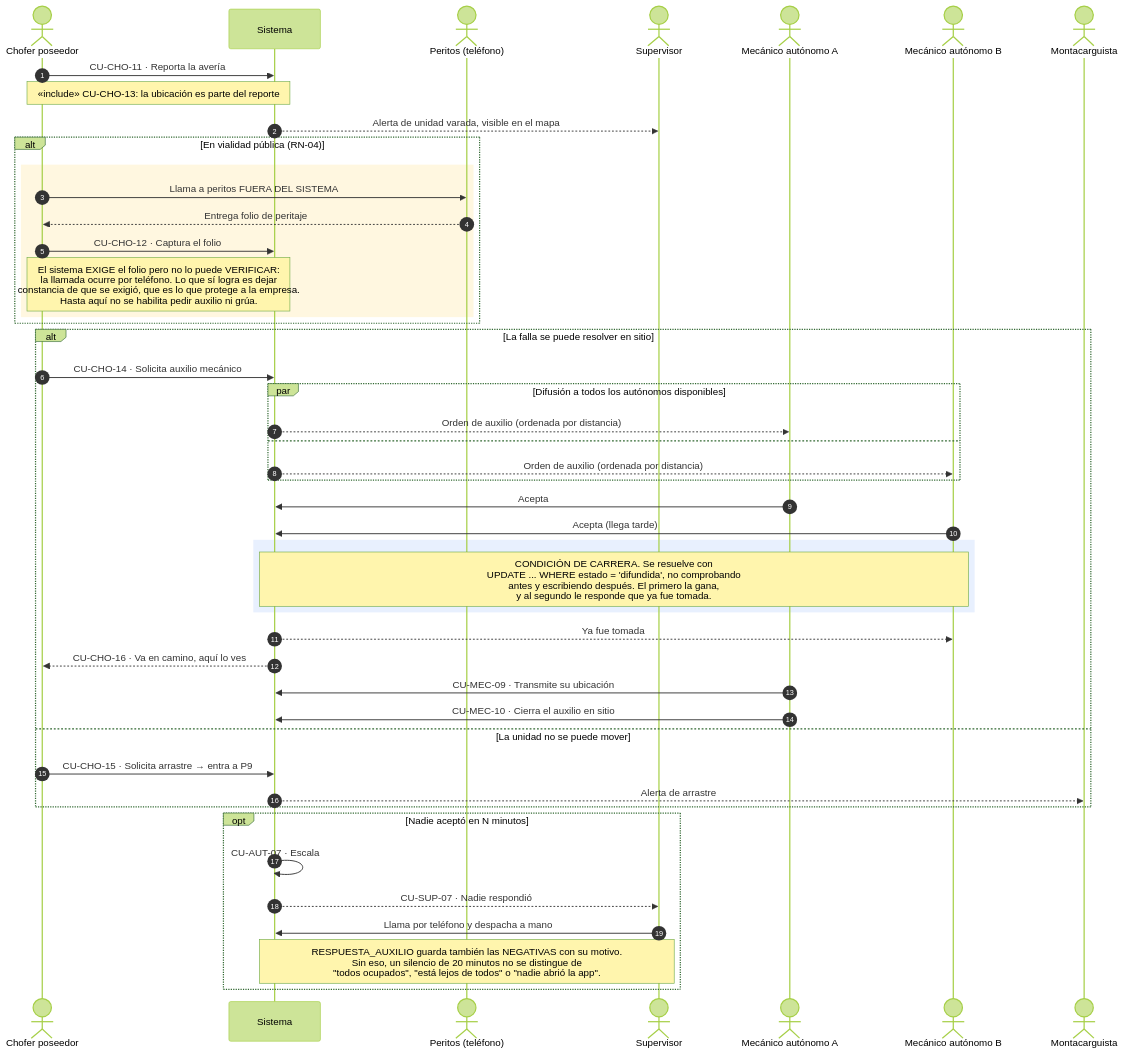
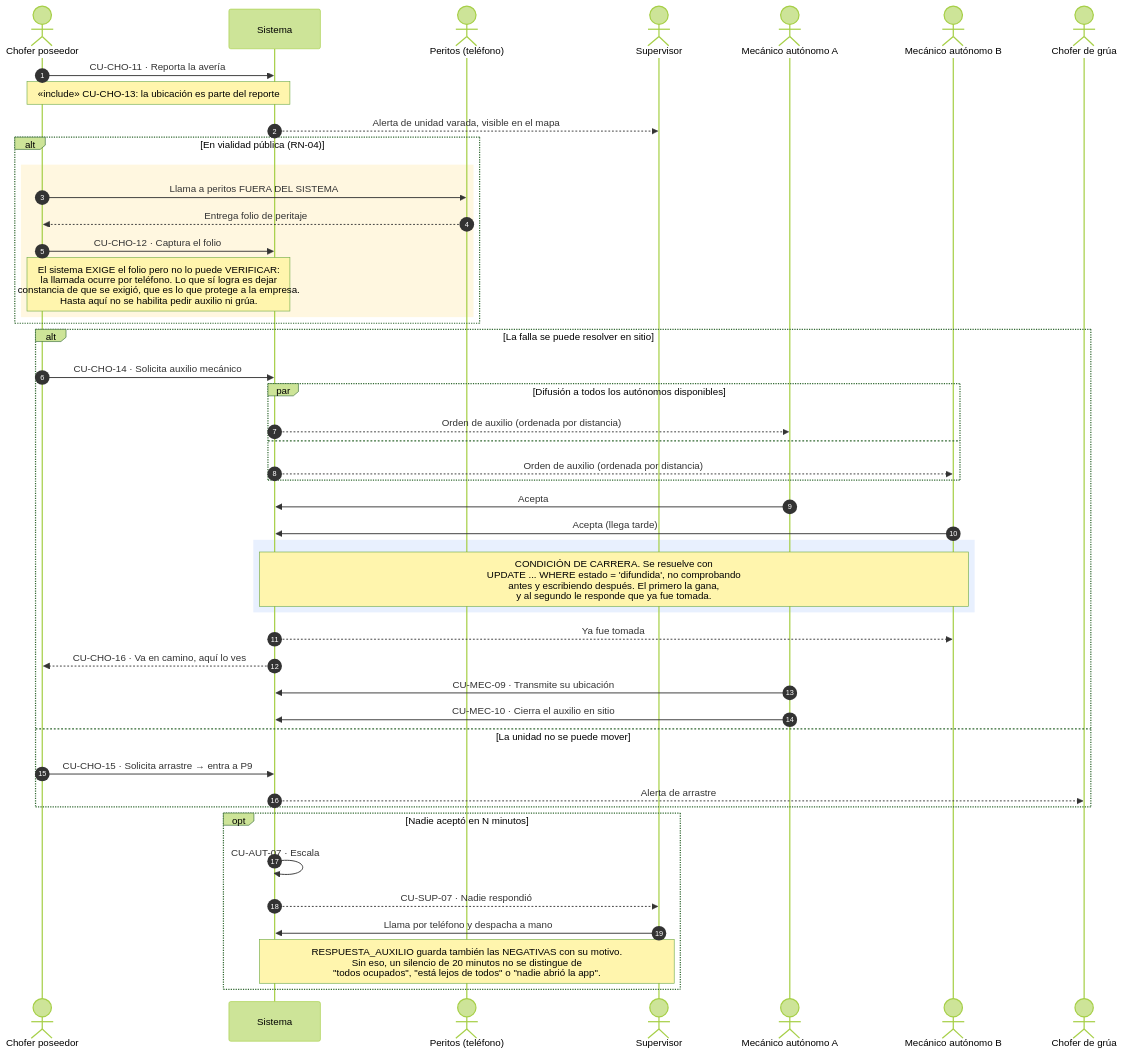
One commit to Villener/Prueba changed the eighth of 13 diagrams in docs/diagramas-procesos.md. Above: the diagram before and after it, drawn with Mermaid (forest theme). The commit also changed other lines of this file and 15 other files, not shown here.

````diff
--- a/docs/diagramas-procesos.md
+++ b/docs/diagramas-procesos.md
@@ -341,52 +341,52 @@
 ```mermaid
 sequenceDiagram
     autonumber
     actor C as Chofer poseedor
     participant S as Sistema
     actor Per as Peritos (teléfono)
     actor Sup as Supervisor
     actor M1 as Mecánico autónomo A
     actor M2 as Mecánico autónomo B
-    actor Mon as Montacarguista
+    actor Mon as Chofer de grúa
 
     C->>S: CU-CHO-11 · Reporta la avería
     Note over C,S: «include» CU-CHO-13: la ubicación es parte del reporte
     S-->>Sup: Alerta de unidad varada, visible en el mapa
 
     alt En vialidad pública (RN-04)
         rect rgb(255, 247, 224)
             C->>Per: Llama a peritos FUERA DEL SISTEMA
             Per-->>C: Entrega folio de peritaje
             C->>S: CU-CHO-12 · Captura el folio
             Note over C,S: El sistema EXIGE el folio pero no lo puede VERIFICAR:<br/>la llamada ocurre por teléfono. Lo que sí logra es dejar<br/>constancia de que se exigió, que es lo que protege a la empresa.<br/>Hasta aquí no se habilita pedir auxilio ni grúa.
         end
     end
 
     alt La falla se puede resolver en sitio
         C->>S: CU-CHO-14 · Solicita auxilio mecánico
         par Difusión a todos los autónomos disponibles
             S-->>M1: Orden de auxilio (ordenada por distancia)
         and
             S-->>M2: Orden de auxilio (ordenada por distancia)
         end
         M1->>S: Acepta
         M2->>S: Acepta (llega tarde)
         rect rgb(232, 240, 254)
             Note over S,M2: CONDICIÓN DE CARRERA. Se resuelve con<br/>UPDATE ... WHERE estado = 'difundida', no comprobando<br/>antes y escribiendo después. El primero la gana,<br/>y al segundo le responde que ya fue tomada.
         end
         S-->>M2: Ya fue tomada
         S-->>C: CU-CHO-16 · Va en camino, aquí lo ves
         M1->>S: CU-MEC-09 · Transmite su ubicación
         M1->>S: CU-MEC-10 · Cierra el auxilio en sitio
     else La unidad no se puede mover
         C->>S: CU-CHO-15 · Solicita arrastre → entra a P9
         S-->>Mon: Alerta de arrastre
     end
 
     opt Nadie aceptó en N minutos
         S->>S: CU-AUT-07 · Escala
         S-->>Sup: CU-SUP-07 · Nadie respondió
         Sup->>S: Llama por teléfono y despacha a mano
         Note over S,Sup: RESPUESTA_AUXILIO guarda también las NEGATIVAS con su motivo.<br/>Sin eso, un silencio de 20 minutos no se distingue de<br/>"todos ocupados", "está lejos de todos" o "nadie abrió la app".
     end
 ```
````
